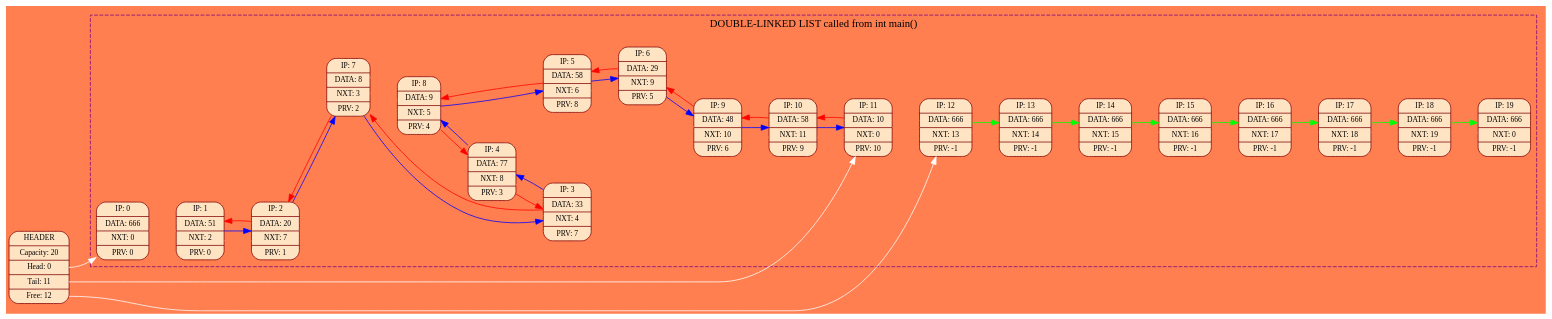
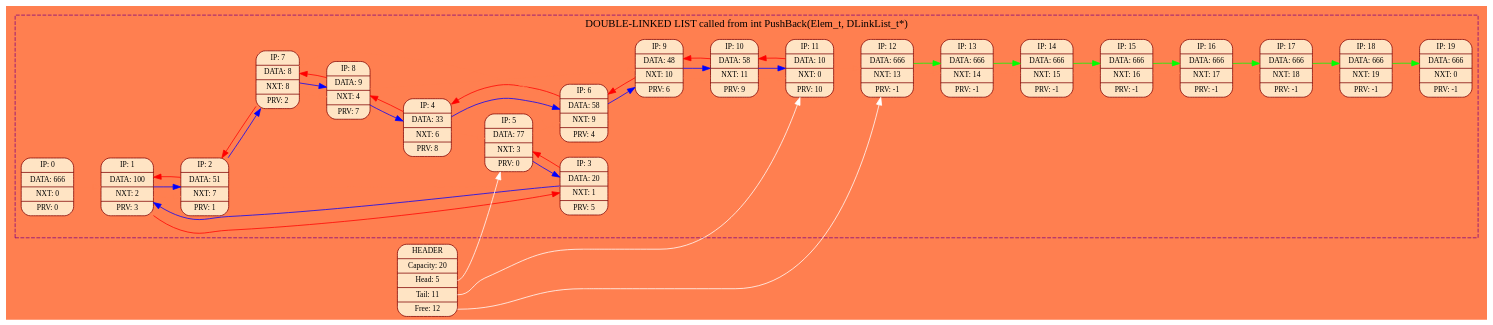
One commit to khmelnitskiianton/LinkedList changed the diagram in list.dot. Above: the diagram before and after it, drawn with Graphviz. The commit also changed 55 other files, not shown here.

```diff
--- a/list.dot
+++ b/list.dot
@@ -1,67 +1,67 @@
 digraph G{
 rankdir = LR;
 bgcolor = "#ff7f50";
 node[color = "#800000", fontsize = 10];
 edge[color = "#800000", fontsize = 15];
 subgraph cluster_list {
 	node[style = filled, color = white, fontsize = 10];
 	edge[color = "#800000", fontsize = 15];
 	style = "dashed";
 	color = "#800080";
 	0 [shape = Mrecord, style = filled, fillcolor = "#ffe4c4", color = "#800000", label = " IP: 0 | DATA: 666 | NXT: 0 | PRV: 0 "];
-	1 [shape = Mrecord, style = filled, fillcolor = "#ffe4c4", color = "#800000", label = " IP: 1 | DATA: 51 | NXT: 2 | PRV: 0 "];
-	2 [shape = Mrecord, style = filled, fillcolor = "#ffe4c4", color = "#800000", label = " IP: 2 | DATA: 20 | NXT: 7 | PRV: 1 "];
-	3 [shape = Mrecord, style = filled, fillcolor = "#ffe4c4", color = "#800000", label = " IP: 3 | DATA: 33 | NXT: 4 | PRV: 7 "];
-	4 [shape = Mrecord, style = filled, fillcolor = "#ffe4c4", color = "#800000", label = " IP: 4 | DATA: 77 | NXT: 8 | PRV: 3 "];
-	5 [shape = Mrecord, style = filled, fillcolor = "#ffe4c4", color = "#800000", label = " IP: 5 | DATA: 58 | NXT: 6 | PRV: 8 "];
-	6 [shape = Mrecord, style = filled, fillcolor = "#ffe4c4", color = "#800000", label = " IP: 6 | DATA: 29 | NXT: 9 | PRV: 5 "];
-	7 [shape = Mrecord, style = filled, fillcolor = "#ffe4c4", color = "#800000", label = " IP: 7 | DATA: 8 | NXT: 3 | PRV: 2 "];
-	8 [shape = Mrecord, style = filled, fillcolor = "#ffe4c4", color = "#800000", label = " IP: 8 | DATA: 9 | NXT: 5 | PRV: 4 "];
+	1 [shape = Mrecord, style = filled, fillcolor = "#ffe4c4", color = "#800000", label = " IP: 1 | DATA: 100 | NXT: 2 | PRV: 3 "];
+	2 [shape = Mrecord, style = filled, fillcolor = "#ffe4c4", color = "#800000", label = " IP: 2 | DATA: 51 | NXT: 7 | PRV: 1 "];
+	3 [shape = Mrecord, style = filled, fillcolor = "#ffe4c4", color = "#800000", label = " IP: 3 | DATA: 20 | NXT: 1 | PRV: 5 "];
+	4 [shape = Mrecord, style = filled, fillcolor = "#ffe4c4", color = "#800000", label = " IP: 4 | DATA: 33 | NXT: 6 | PRV: 8 "];
+	5 [shape = Mrecord, style = filled, fillcolor = "#ffe4c4", color = "#800000", label = " IP: 5 | DATA: 77 | NXT: 3 | PRV: 0 "];
+	6 [shape = Mrecord, style = filled, fillcolor = "#ffe4c4", color = "#800000", label = " IP: 6 | DATA: 58 | NXT: 9 | PRV: 4 "];
+	7 [shape = Mrecord, style = filled, fillcolor = "#ffe4c4", color = "#800000", label = " IP: 7 | DATA: 8 | NXT: 8 | PRV: 2 "];
+	8 [shape = Mrecord, style = filled, fillcolor = "#ffe4c4", color = "#800000", label = " IP: 8 | DATA: 9 | NXT: 4 | PRV: 7 "];
 	9 [shape = Mrecord, style = filled, fillcolor = "#ffe4c4", color = "#800000", label = " IP: 9 | DATA: 48 | NXT: 10 | PRV: 6 "];
 	10 [shape = Mrecord, style = filled, fillcolor = "#ffe4c4", color = "#800000", label = " IP: 10 | DATA: 58 | NXT: 11 | PRV: 9 "];
 	11 [shape = Mrecord, style = filled, fillcolor = "#ffe4c4", color = "#800000", label = " IP: 11 | DATA: 10 | NXT: 0 | PRV: 10 "];
 	12 [shape = Mrecord, style = filled, fillcolor = "#ffe4c4", color = "#800000", label = " IP: 12 | DATA: 666 | NXT: 13 | PRV: -1 "];
 	13 [shape = Mrecord, style = filled, fillcolor = "#ffe4c4", color = "#800000", label = " IP: 13 | DATA: 666 | NXT: 14 | PRV: -1 "];
 	14 [shape = Mrecord, style = filled, fillcolor = "#ffe4c4", color = "#800000", label = " IP: 14 | DATA: 666 | NXT: 15 | PRV: -1 "];
 	15 [shape = Mrecord, style = filled, fillcolor = "#ffe4c4", color = "#800000", label = " IP: 15 | DATA: 666 | NXT: 16 | PRV: -1 "];
 	16 [shape = Mrecord, style = filled, fillcolor = "#ffe4c4", color = "#800000", label = " IP: 16 | DATA: 666 | NXT: 17 | PRV: -1 "];
 	17 [shape = Mrecord, style = filled, fillcolor = "#ffe4c4", color = "#800000", label = " IP: 17 | DATA: 666 | NXT: 18 | PRV: -1 "];
 	18 [shape = Mrecord, style = filled, fillcolor = "#ffe4c4", color = "#800000", label = " IP: 18 | DATA: 666 | NXT: 19 | PRV: -1 "];
 	19 [shape = Mrecord, style = filled, fillcolor = "#ffe4c4", color = "#800000", label = " IP: 19 | DATA: 666 | NXT: 0 | PRV: -1 "];
 
 	0 -> 1 -> 2 -> 3 -> 4 -> 5 -> 6 -> 7 -> 8 -> 9 -> 10 -> 11 -> 12 -> 13 -> 14 -> 15 -> 16 -> 17 -> 18 -> 19 [weight = 10000, color = "#ff7f50"];
 
 	1 -> 2 [color = "#0000ff", weight = 0]
 	2 -> 7 [color = "#0000ff", weight = 0]
-	3 -> 4 [color = "#0000ff", weight = 0]
-	4 -> 8 [color = "#0000ff", weight = 0]
-	5 -> 6 [color = "#0000ff", weight = 0]
+	3 -> 1 [color = "#0000ff", weight = 0]
+	4 -> 6 [color = "#0000ff", weight = 0]
+	5 -> 3 [color = "#0000ff", weight = 0]
 	6 -> 9 [color = "#0000ff", weight = 0]
-	7 -> 3 [color = "#0000ff", weight = 0]
-	8 -> 5 [color = "#0000ff", weight = 0]
+	7 -> 8 [color = "#0000ff", weight = 0]
+	8 -> 4 [color = "#0000ff", weight = 0]
 	9 -> 10 [color = "#0000ff", weight = 0]
 	10 -> 11 [color = "#0000ff", weight = 0]
 	12 -> 13 [color = "#00ff00", weight = 0]
 	13 -> 14 [color = "#00ff00", weight = 0]
 	14 -> 15 [color = "#00ff00", weight = 0]
 	15 -> 16 [color = "#00ff00", weight = 0]
 	16 -> 17 [color = "#00ff00", weight = 0]
 	17 -> 18 [color = "#00ff00", weight = 0]
 	18 -> 19 [color = "#00ff00", weight = 0]
+	1 -> 3 [color = "#ff0000", weight = 0]
 	2 -> 1 [color = "#ff0000", weight = 0]
-	3 -> 7 [color = "#ff0000", weight = 0]
-	4 -> 3 [color = "#ff0000", weight = 0]
-	5 -> 8 [color = "#ff0000", weight = 0]
-	6 -> 5 [color = "#ff0000", weight = 0]
+	3 -> 5 [color = "#ff0000", weight = 0]
+	4 -> 8 [color = "#ff0000", weight = 0]
+	6 -> 4 [color = "#ff0000", weight = 0]
 	7 -> 2 [color = "#ff0000", weight = 0]
-	8 -> 4 [color = "#ff0000", weight = 0]
+	8 -> 7 [color = "#ff0000", weight = 0]
 	9 -> 6 [color = "#ff0000", weight = 0]
 	10 -> 9 [color = "#ff0000", weight = 0]
 	11 -> 10 [color = "#ff0000", weight = 0]
-	label = "DOUBLE-LINKED LIST called from int main() ";
+	label = "DOUBLE-LINKED LIST called from int PushBack(Elem_t, DLinkList_t*) ";
 }
-All[shape = Mrecord, label = " HEADER | <f0> Capacity: 20 | <f1> Head: 0 | <f2> Tail: 11 | <f3> Free: 12 ", style = "filled", fillcolor = "#ffe4c4"];
-All:<f1> -> 0 [color = "#FFFFFF"];
+All[shape = Mrecord, label = " HEADER | <f0> Capacity: 20 | <f1> Head: 5 | <f2> Tail: 11 | <f3> Free: 12 ", style = "filled", fillcolor = "#ffe4c4"];
+All:<f1> -> 5 [color = "#FFFFFF"];
 All:<f2> -> 11 [color = "#FFFFFF"];
 All:<f3> -> 12 [color = "#FFFFFF"];
 }
```
